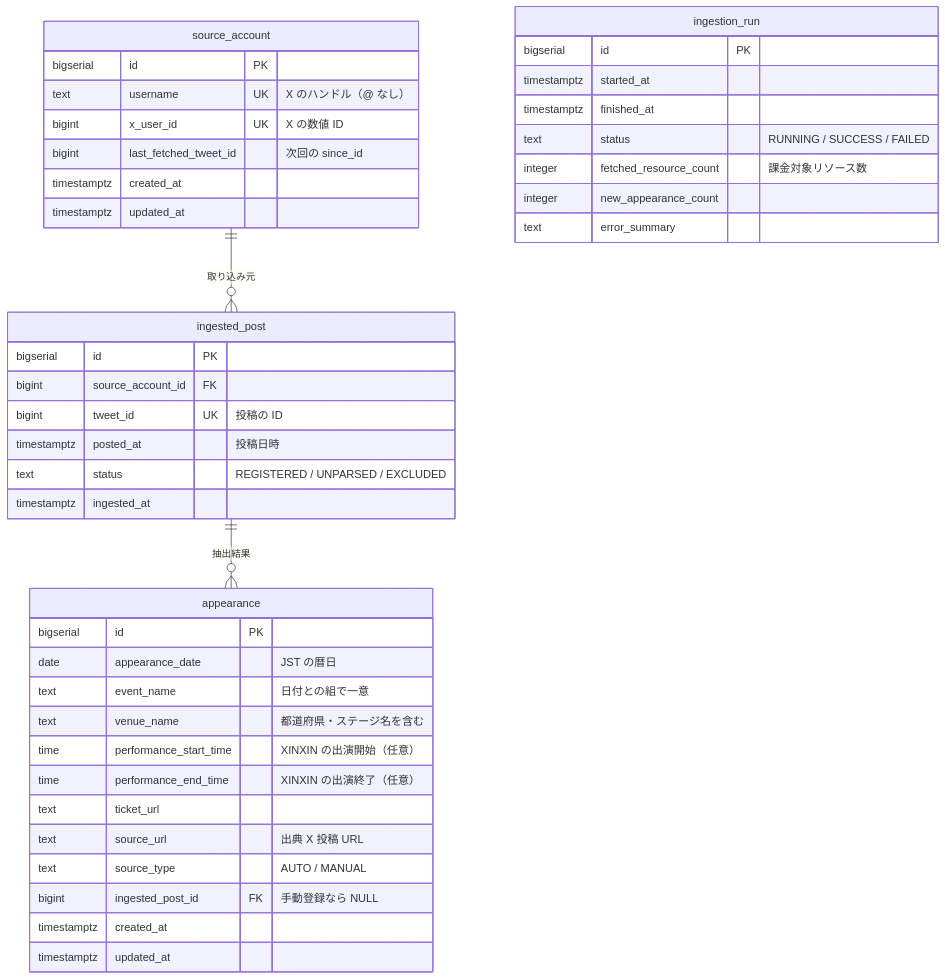
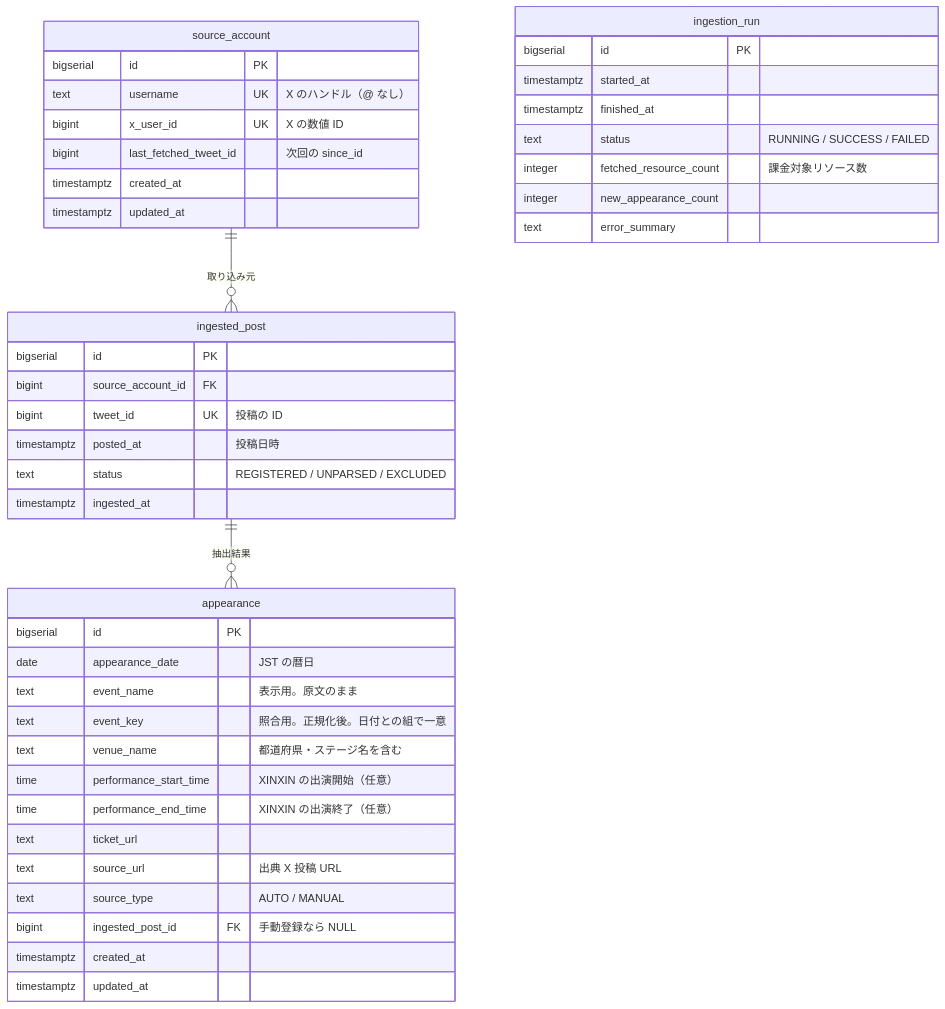
One commit to gitzhich/hatena-calendar changed the diagram in docs/data-model.md. Above: the diagram before and after it, drawn with Mermaid. The commit also changed other lines of this file and 2 other files, not shown here.

````diff
--- a/docs/data-model.md
+++ b/docs/data-model.md
@@ -26,48 +26,49 @@
 ```mermaid
 erDiagram
     source_account ||--o{ ingested_post : "取り込み元"
     ingested_post  ||--o{ appearance     : "抽出結果"
 
     source_account {
         bigserial   id PK
         text        username UK "X のハンドル（@ なし）"
         bigint      x_user_id UK "X の数値 ID"
         bigint      last_fetched_tweet_id "次回の since_id"
         timestamptz created_at
         timestamptz updated_at
     }
 
     ingested_post {
         bigserial   id PK
         bigint      source_account_id FK
         bigint      tweet_id UK "投稿の ID"
         timestamptz posted_at "投稿日時"
         text        status "REGISTERED / UNPARSED / EXCLUDED"
         timestamptz ingested_at
     }
 
     appearance {
         bigserial   id PK
         date        appearance_date "JST の暦日"
-        text        event_name "日付との組で一意"
+        text        event_name "表示用。原文のまま"
+        text        event_key "照合用。正規化後。日付との組で一意"
         text        venue_name "都道府県・ステージ名を含む"
         time        performance_start_time "XINXIN の出演開始（任意）"
         time        performance_end_time "XINXIN の出演終了（任意）"
         text        ticket_url
         text        source_url "出典 X 投稿 URL"
         text        source_type "AUTO / MANUAL"
         bigint      ingested_post_id FK "手動登録なら NULL"
         timestamptz created_at
         timestamptz updated_at
     }
 
     ingestion_run {
         bigserial   id PK
         timestamptz started_at
         timestamptz finished_at
         text        status "RUNNING / SUCCESS / FAILED"
         integer     fetched_resource_count "課金対象リソース数"
         integer     new_appearance_count
         text        error_summary
     }
 ```
````
